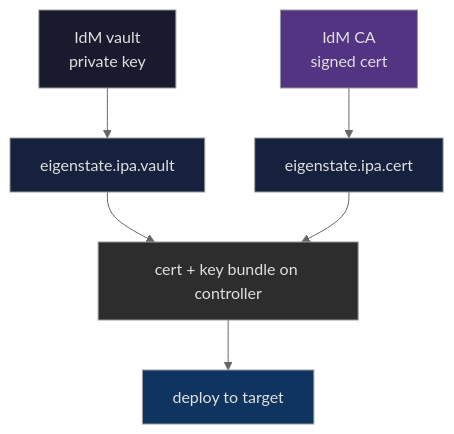
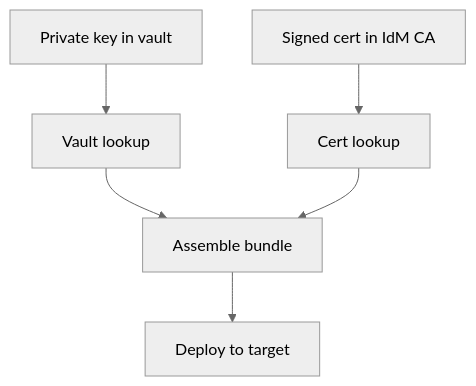
The seventh of 9 diagrams in docs/cert-capabilities.md (gprocunier/eigenstate-ipa), drawn with Mermaid (neutral theme) before and after one commit. The commit also changed other lines of this file and 12 other files, not shown here.

Commit message:
Clean up Mermaid diagrams across docs

````diff
--- a/docs/cert-capabilities.md
+++ b/docs/cert-capabilities.md
@@ -320,15 +320,8 @@
 ```mermaid
 flowchart TD
-    vault["IdM vault\nprivate key"] --> key_lookup["eigenstate.ipa.vault"]
-    ca["IdM CA\nsigned cert"] --> cert_lookup["eigenstate.ipa.cert"]
-    key_lookup --> bundle["cert + key bundle on controller"]
+    vault["Private key in vault"] --> key_lookup["Vault lookup"]
+    ca["Signed cert in IdM CA"] --> cert_lookup["Cert lookup"]
+    key_lookup --> bundle["Assemble bundle"]
     cert_lookup --> bundle
-    bundle --> target["deploy to target"]
-
-    style vault fill:#1a1a2e,color:#e0e0e0
-    style ca fill:#533483,color:#e0e0e0
-    style key_lookup fill:#16213e,color:#e0e0e0
-    style cert_lookup fill:#16213e,color:#e0e0e0
-    style bundle fill:#2d2d2d,color:#e0e0e0
-    style target fill:#0f3460,color:#e0e0e0
+    bundle --> target["Deploy to target"]
 ```
````
